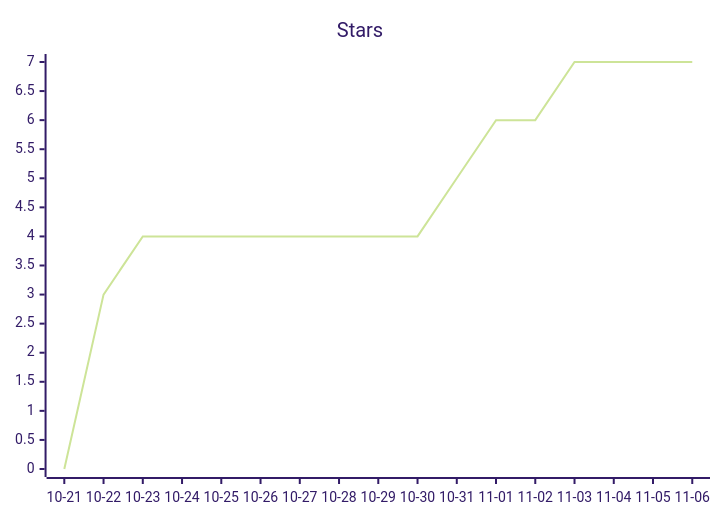
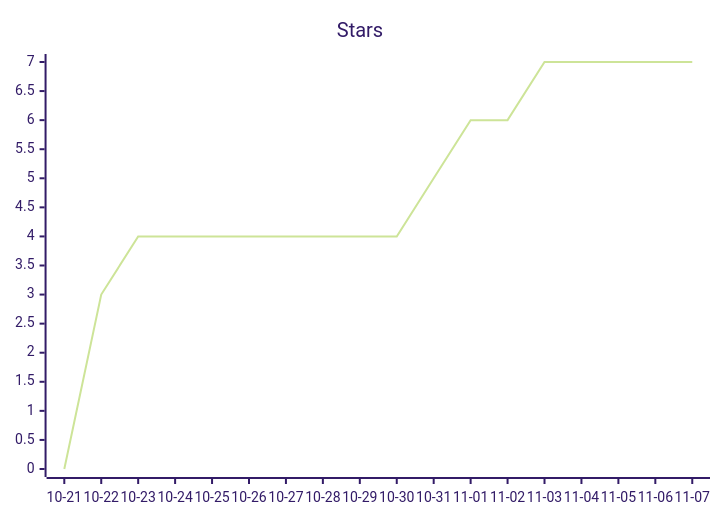
The second of 3 diagrams in README.md (ArtemkaGoldMan/ContextSwitcher), drawn with Mermaid (forest theme) before and after one commit. The commit also changed other lines of this file and 6 other files, not shown here.

````diff
--- a/README.md
+++ b/README.md
@@ -43,6 +43,6 @@
 ```mermaid
 xychart-beta
     title "Stars"
-    x-axis ["10-21", "10-22", "10-23", "10-24", "10-25", "10-26", "10-27", "10-28", "10-29", "10-30", "10-31", "11-01", "11-02", "11-03", "11-04", "11-05", "11-06"]
-    line [0, 3, 4, 4, 4, 4, 4, 4, 4, 4, 5, 6, 6, 7, 7, 7, 7]
+    x-axis ["10-21", "10-22", "10-23", "10-24", "10-25", "10-26", "10-27", "10-28", "10-29", "10-30", "10-31", "11-01", "11-02", "11-03", "11-04", "11-05", "11-06", "11-07"]
+    line [0, 3, 4, 4, 4, 4, 4, 4, 4, 4, 5, 6, 6, 7, 7, 7, 7, 7]
 ```
````
